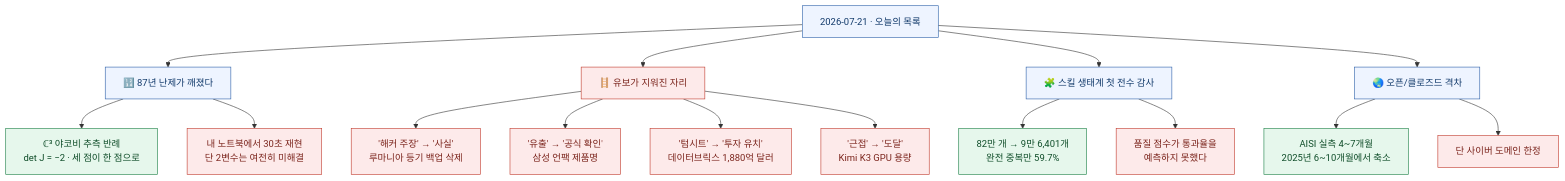
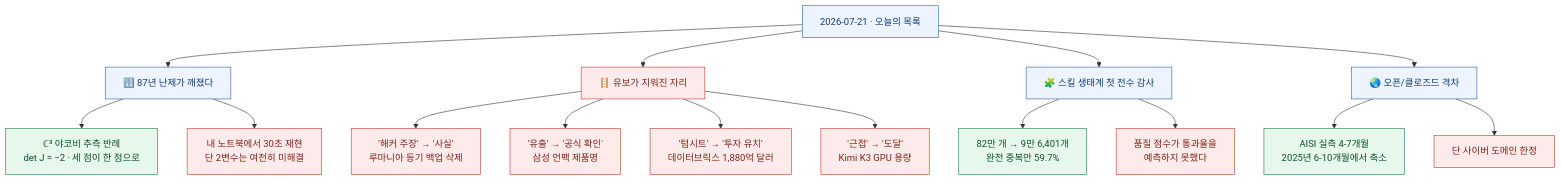
One commit to DBhyeong/DBhyeong.github.io changed the first of 2 diagrams in content/blog/ai-llm-it-news-2026-07-21.md. Above: the diagram before and after it, drawn with Mermaid. The commit also changed 6 other files, not shown here.

First line of the commit message:
fix(mermaid): 라벨 내 물결 2개가 취소선으로 파싱되는 버그 수정

````diff
--- a/content/blog/ai-llm-it-news-2026-07-21.md
+++ b/content/blog/ai-llm-it-news-2026-07-21.md
@@ -25,28 +25,28 @@
 ```mermaid
 flowchart TD
     D["2026-07-21 · 오늘의 목록"] --> M["🔢 87년 난제가 깨졌다"]
     D --> R["🪜 유보가 지워진 자리"]
     D --> S["🧩 스킬 생태계 첫 전수 감사"]
     D --> G["🌏 오픈/클로즈드 격차"]
 
     M --> M1["ℂ³ 야코비 추측 반례<br/>det J = −2 · 세 점이 한 점으로"]
     M --> M2["내 노트북에서 30초 재현<br/>단 2변수는 여전히 미해결"]
 
     R --> R1["'해커 주장' → '사실'<br/>루마니아 등기 백업 삭제"]
     R --> R2["'유출' → '공식 확인'<br/>삼성 언팩 제품명"]
     R --> R3["'텀시트' → '투자 유치'<br/>데이터브릭스 1,880억 달러"]
     R --> R4["'근접' → '도달'<br/>Kimi K3 GPU 용량"]
 
     S --> S1["82만 개 → 9만 6,401개<br/>완전 중복만 59.7%"]
     S --> S2["품질 점수가 통과율을<br/>예측하지 못했다"]
 
-    G --> G1["AISI 실측 4~7개월<br/>2025년 6~10개월에서 축소"]
+    G --> G1["AISI 실측 4-7개월<br/>2025년 6-10개월에서 축소"]
     G --> G2["단 사이버 도메인 한정"]
 
     classDef head fill:#eef4ff,stroke:#2b5fa8,color:#123a6b
     classDef warn fill:#fdeaea,stroke:#c0392b,color:#7b241c
     classDef ok fill:#e6f7ec,stroke:#1a7f45,color:#0f4d29
     class D,M,S,G head
     class R,R1,R2,R3,R4,S2,G2,M2 warn
     class M1,S1,G1 ok
 ```
````
